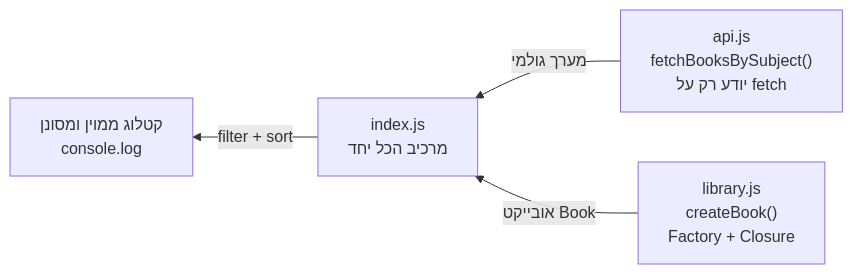
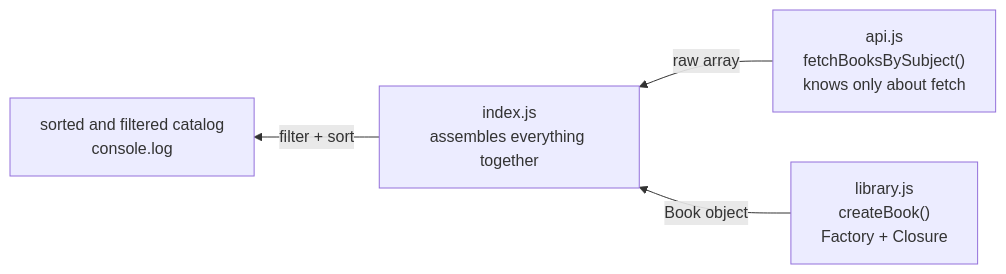
The diagram in content/docs/javascript/106-js-capstone-project-content.md (neriyaMalachi/FullStack_kodkode_5), drawn with Mermaid before and after one commit. The commit also changed other lines of this file and 117 other files, not shown here.

````diff
--- a/content/docs/javascript/106-js-capstone-project-content.md
+++ b/content/docs/javascript/106-js-capstone-project-content.md
@@ -64,6 +64,6 @@
 ```mermaid
 flowchart RL
-    API["api.js<br/>fetchBooksBySubject()<br/>יודע רק על fetch"] -->|"מערך גולמי"| INDEX["index.js<br/>מרכיב הכל יחד"]
-    LIB["library.js<br/>createBook()<br/>Factory + Closure"] -->|"אובייקט Book"| INDEX
-    INDEX -->|"filter + sort"| OUT["קטלוג ממוין ומסונן<br/>console.log"]
+    API["api.js<br/>fetchBooksBySubject()<br/>knows only about fetch"] -->|"raw array"| INDEX["index.js<br/>assembles everything together"]
+    LIB["library.js<br/>createBook()<br/>Factory + Closure"] -->|"Book object"| INDEX
+    INDEX -->|"filter + sort"| OUT["sorted and filtered catalog<br/>console.log"]
 ```
````
